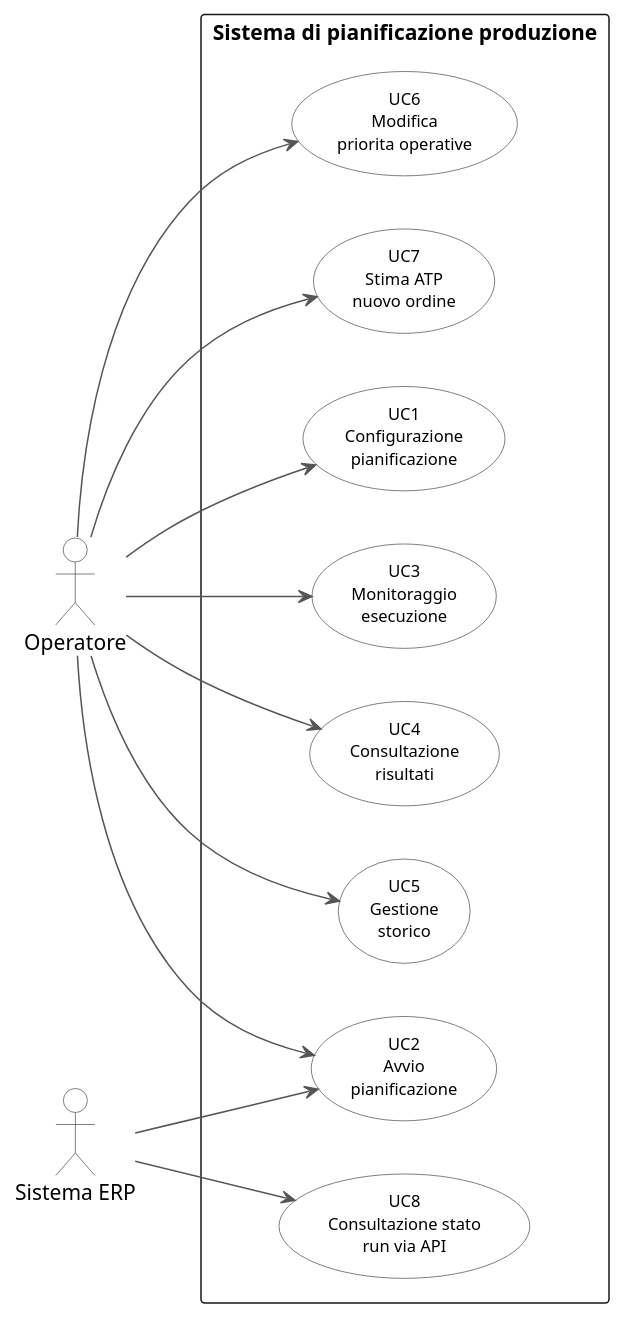
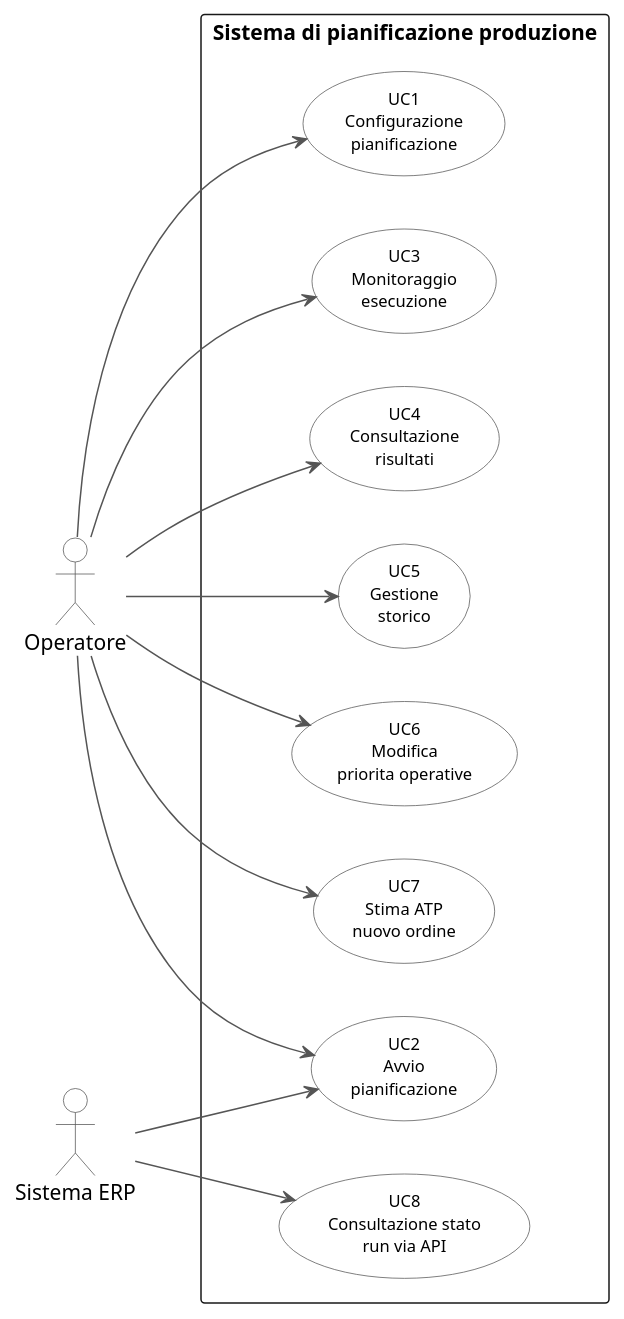
Before and after one commit to Faverooo/Tesi-MarcoFavero: the diagram in plantuml/usecase/scenarioPrincipale.puml, drawn with PlantUML. The commit also changed 13 other files, not shown here.

```diff
--- a/plantuml/usecase/scenarioPrincipale.puml
+++ b/plantuml/usecase/scenarioPrincipale.puml
@@ -1,39 +1,50 @@
 @startuml scenarioPrincipale
 left to right direction
 skinparam backgroundColor white
 skinparam usecase {
     BackgroundColor White
     BorderColor #555555
     ArrowColor #555555
     FontSize 11
 }
 skinparam actor {
     BackgroundColor White
     BorderColor #555555
 }
 
 actor "Operatore" as op
 actor "Sistema ERP" as erp
 
 rectangle "Sistema di pianificazione produzione" {
     (UC1\nConfigurazione\npianificazione) as UC1
     (UC2\nAvvio\npianificazione) as UC2
     (UC3\nMonitoraggio\nesecuzione) as UC3
     (UC4\nConsultazione\nrisultati) as UC4
     (UC5\nGestione\nstorico) as UC5
     (UC6\nModifica\npriorita operative) as UC6
     (UC7\nStima ATP\nnuovo ordine) as UC7
     (UC8\nConsultazione stato\nrun via API) as UC8
+    
+    ' --- TRUCCO PER L'ORDINE VERTICALE IN LEFT-TO-RIGHT ---
+    ' Usiamo "right" perché la direzione principale è ruotata
+    UC1 -[hidden]left-> UC2
+    UC3 -[hidden]left-> UC4
+    UC4 -[hidden]left-> UC5
+    UC5 -[hidden]left-> UC6
+    UC6 -[hidden]left-> UC7
+    UC7 -[hidden]left-> UC2
+    UC2 -[hidden]left-> UC8
 }
 
 op --> UC1
 op --> UC2
 op --> UC3
 op --> UC4
 op --> UC5
 op --> UC6
 op --> UC7
 
 erp --> UC2
 erp --> UC8
+
 @enduml
```
